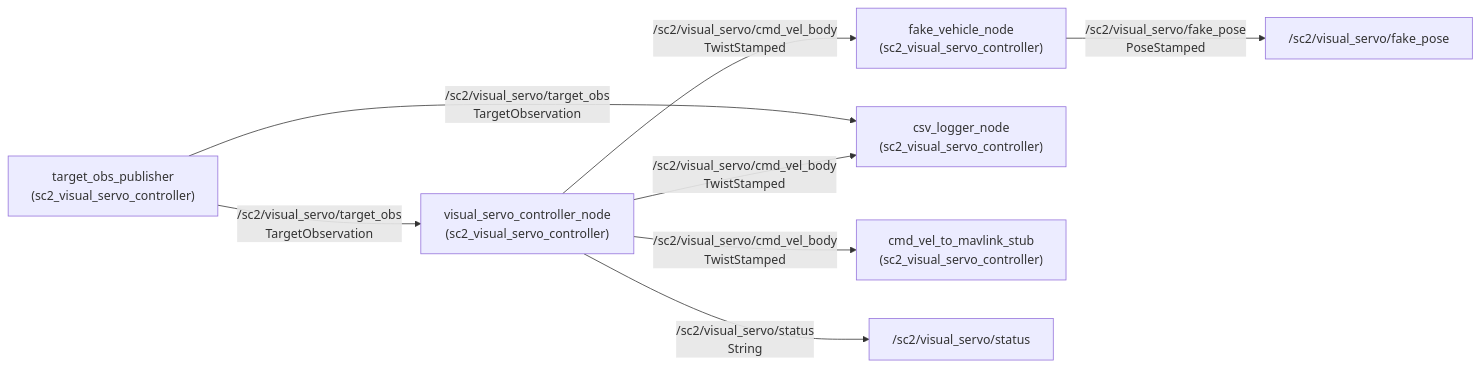
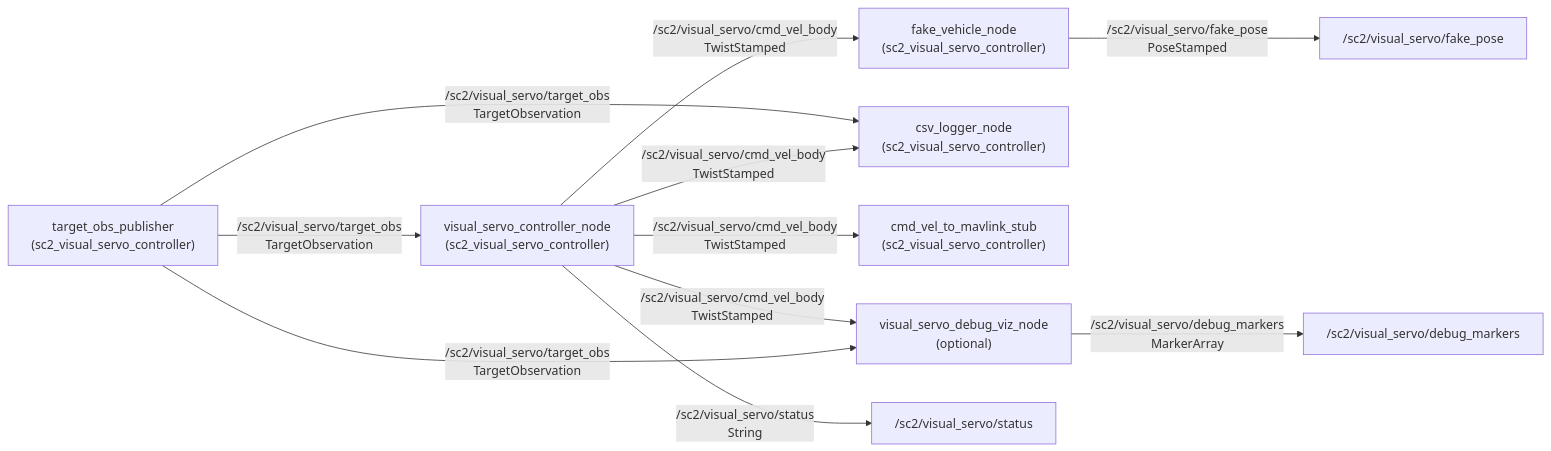
One commit to HJGrant/seaclear_perception changed the first of 3 diagrams in docs/SC2_VISUAL_SERVO_MVP_NODE_GRAPH_20260223.md. Above: the diagram before and after it, drawn with Mermaid. The commit also changed other lines of this file and 20 other files, not shown here.

Commit message:
docs: reorganize and align visual-servo documentation

````diff
--- a/docs/SC2_VISUAL_SERVO_MVP_NODE_GRAPH_20260223.md
+++ b/docs/SC2_VISUAL_SERVO_MVP_NODE_GRAPH_20260223.md
@@ -24,10 +29,13 @@
 ```mermaid
 flowchart LR
   A["target_obs_publisher<br/>(sc2_visual_servo_controller)"] -->|/sc2/visual_servo/target_obs<br/>TargetObservation| B["visual_servo_controller_node<br/>(sc2_visual_servo_controller)"]
   B -->|/sc2/visual_servo/cmd_vel_body<br/>TwistStamped| C["fake_vehicle_node<br/>(sc2_visual_servo_controller)"]
   B -->|/sc2/visual_servo/cmd_vel_body<br/>TwistStamped| D["csv_logger_node<br/>(sc2_visual_servo_controller)"]
   A -->|/sc2/visual_servo/target_obs<br/>TargetObservation| D
   B -->|/sc2/visual_servo/cmd_vel_body<br/>TwistStamped| E["cmd_vel_to_mavlink_stub<br/>(sc2_visual_servo_controller)"]
+  A -->|/sc2/visual_servo/target_obs<br/>TargetObservation| V["visual_servo_debug_viz_node<br/>(optional)"]
+  B -->|/sc2/visual_servo/cmd_vel_body<br/>TwistStamped| V
   B -->|/sc2/visual_servo/status<br/>String| F["/sc2/visual_servo/status"]
   C -->|/sc2/visual_servo/fake_pose<br/>PoseStamped| G["/sc2/visual_servo/fake_pose"]
+  V -->|/sc2/visual_servo/debug_markers<br/>MarkerArray| H["/sc2/visual_servo/debug_markers"]
 ```
````
